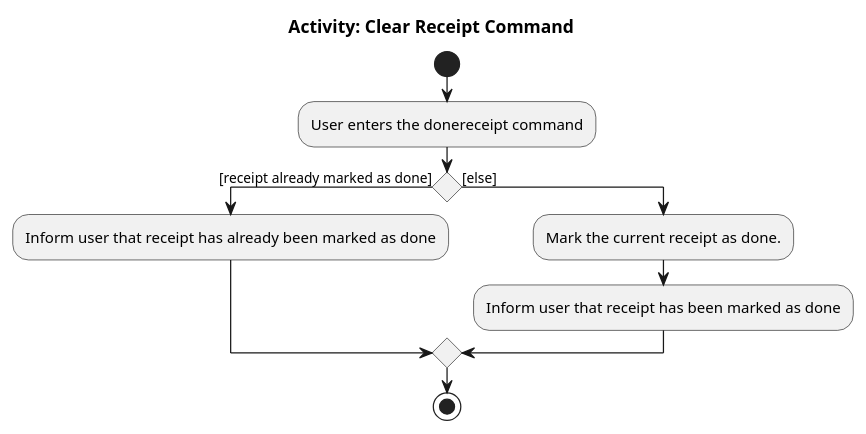
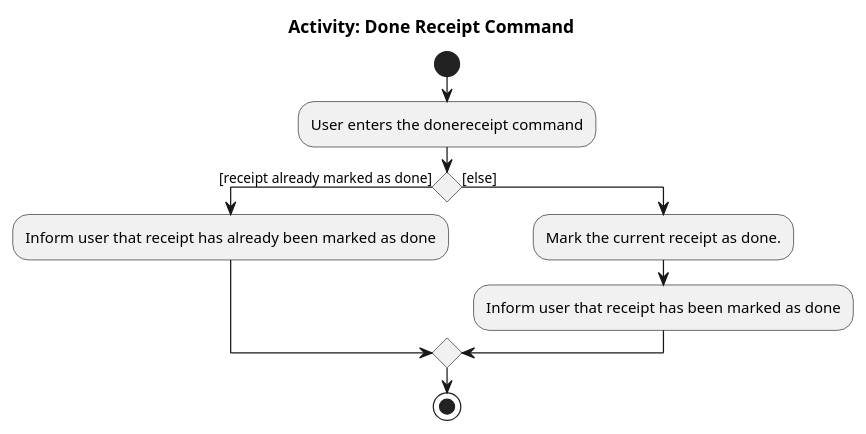
One commit to nus-cs2103-AY1920S2/addressbook-level3 changed the diagram in docs/diagrams/ExpenseSplitterDoneReceiptCommandActivityDiagram.puml. Above: the diagram before and after it, drawn with PlantUML. The commit also changed 3 other files, not shown here.

```diff
--- a/docs/diagrams/ExpenseSplitterDoneReceiptCommandActivityDiagram.puml
+++ b/docs/diagrams/ExpenseSplitterDoneReceiptCommandActivityDiagram.puml
@@ -1,16 +1,16 @@
 @startuml
 /' @author @sheexiong'/
-title Activity: Clear Receipt Command
+title Activity: Done Receipt Command
 
 start
 :User enters the donereceipt command;
 
 if () then ([receipt already marked as done])
     :Inform user that receipt has already been marked as done;
 else ([else])
     :Mark the current receipt as done.;
     :Inform user that receipt has been marked as done;
 endif
 stop
 
 @enduml
```
